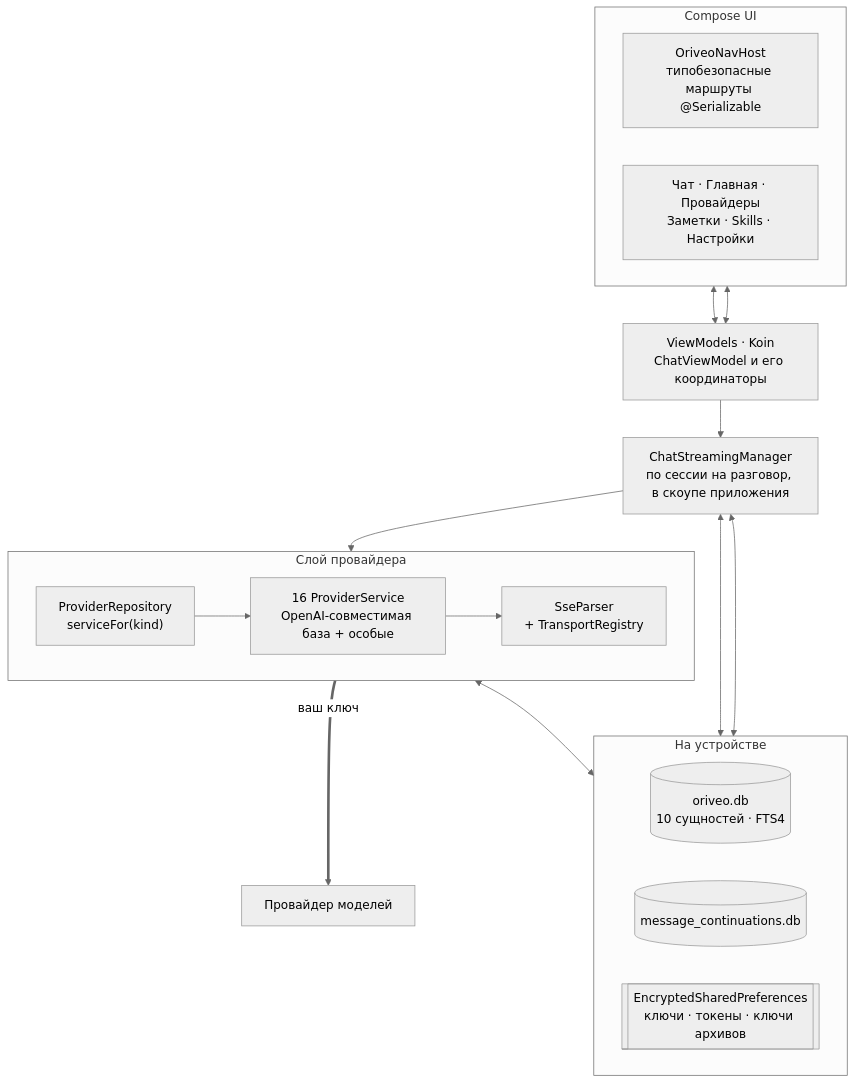
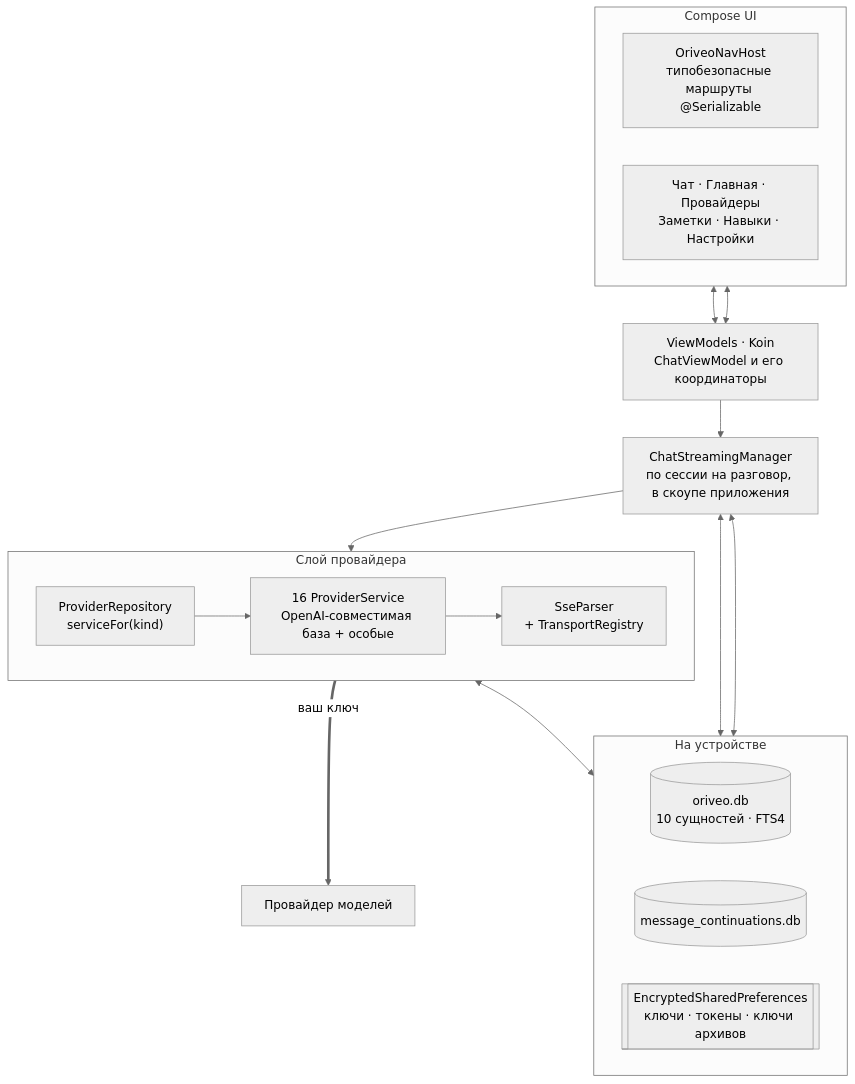
The diagram in readme_i18n/ru/android.md (oriveo/oriveo), drawn with Mermaid (neutral theme) before and after one commit. The commit also changed other lines of this file and 89 other files, not shown here.

````diff
--- a/readme_i18n/ru/android.md
+++ b/readme_i18n/ru/android.md
@@ -47,34 +47,34 @@
 ```mermaid
 flowchart TB
     subgraph ui ["Compose UI"]
         direction LR
         nav["OriveoNavHost<br/>типобезопасные маршруты @Serializable"]
-        screens["Чат · Главная · Провайдеры<br/>Заметки · Skills · Настройки"]
+        screens["Чат · Главная · Провайдеры<br/>Заметки · Навыки · Настройки"]
     end
 
     vms["ViewModels · Koin<br/>ChatViewModel и его координаторы"]
 
     streaming["ChatStreamingManager<br/>по сессии на разговор, в скоупе приложения"]
 
     subgraph data ["На устройстве"]
         direction LR
         room[("oriveo.db<br/>10 сущностей · FTS4")]
         cont[("message_continuations.db")]
         keys[["EncryptedSharedPreferences<br/>ключи · токены · ключи архивов"]]
     end
 
     subgraph net ["Слой провайдера"]
         direction LR
         repo["ProviderRepository<br/>serviceFor(kind)"]
         svc["16 ProviderService<br/>OpenAI-совместимая база + особые"]
         sse["SseParser<br/>+ TransportRegistry"]
     end
 
     nav & screens <--> vms
     vms --> streaming
     streaming --> repo
     repo --> svc --> sse
     streaming <--> room & cont
     svc <--> keys
     sse ==>|"ваш ключ"| up["Провайдер моделей"]
 ```
````
